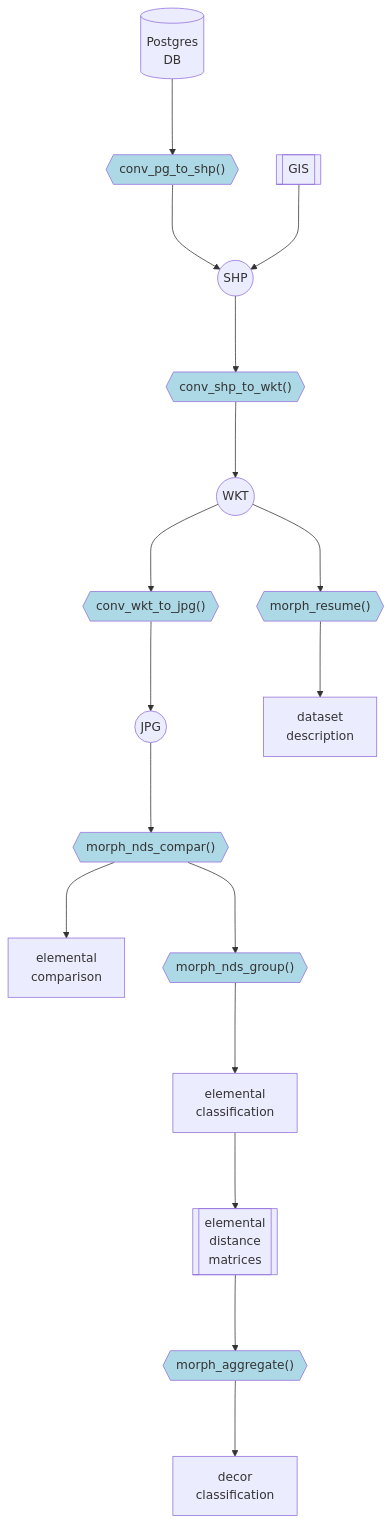
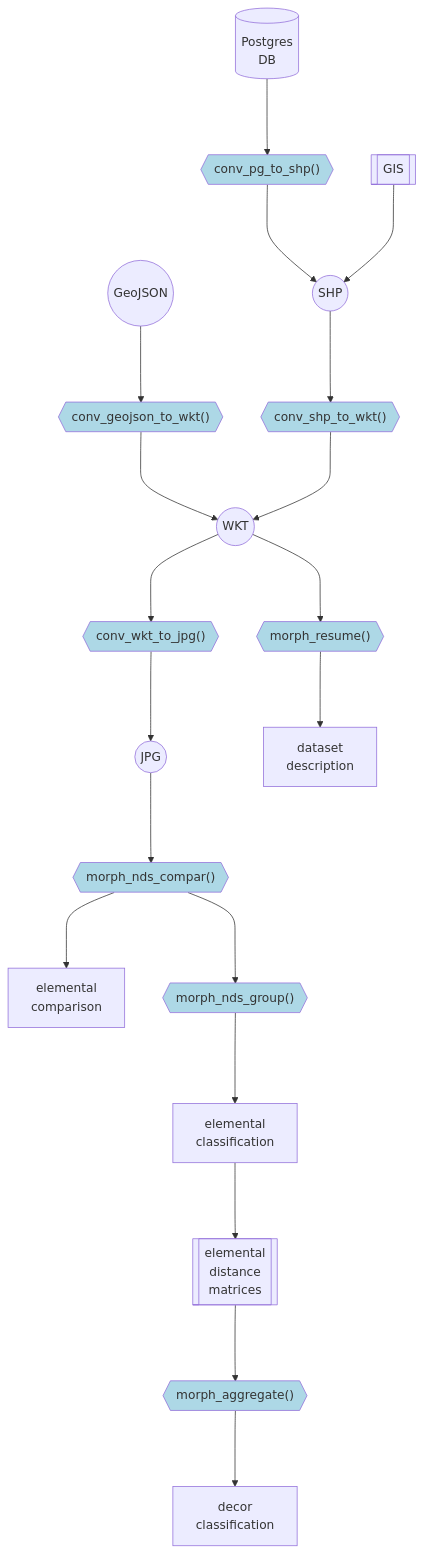
The diagram in README.md (zoometh/iconr), drawn with Mermaid before and after one commit.

Commit message:
conv_geojson_to_wkt

````diff
--- a/README.md
+++ b/README.md
@@ -144,20 +144,22 @@
 ```mermaid
 flowchart TD
     A[(Postgres<br>DB)] ---> B{{"conv_pg_to_shp()"}}:::iconRpkg;
     B ---> C((SHP));
     Q[[GIS]] ---> C;
+    R((GeoJSON)) ---> S{{"conv_geojson_to_wkt()"}}:::iconRpkg;
+    S ---> E((WKT));
     C ---> D{{"conv_shp_to_wkt()"}}:::iconRpkg;
-    D ---> E((WKT));
+    D ---> E;
     E ---> F{{"conv_wkt_to_jpg()"}}:::iconRpkg;
     F ---> G((JPG));
     G ---> J{{"morph_nds_compar()"}}:::iconRpkg;
     J ---> K[elemental<br>comparison];
     J ---> H{{"morph_nds_group()"}}:::iconRpkg;
     H ---> I[elemental<br>classification];
     E ---> L{{"morph_resume()"}}:::iconRpkg;
     L ---> P[dataset<br>description];
     I ---> M[[elemental<br>distance<br>matrices]];
     M ---> N{{"morph_aggregate()"}}:::iconRpkg;
     N ---> O[decor<br>classification];
     classDef iconRpkg fill:#add8e6;
 ```
````
